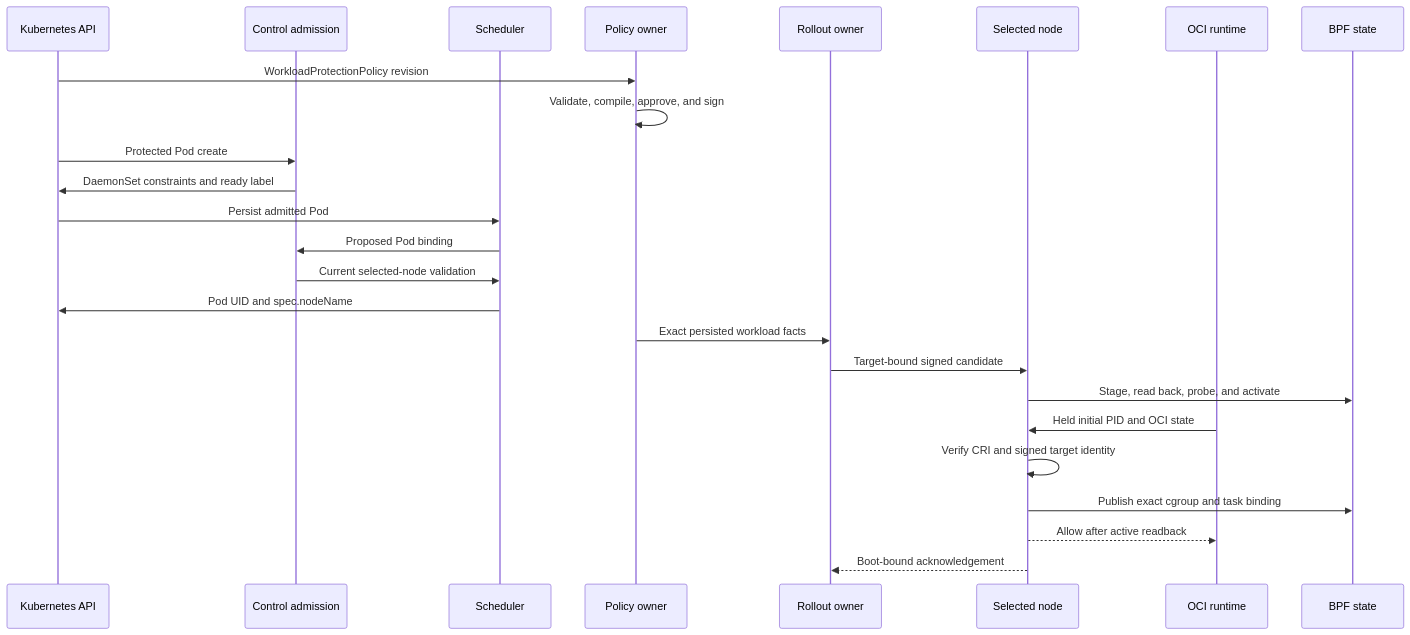
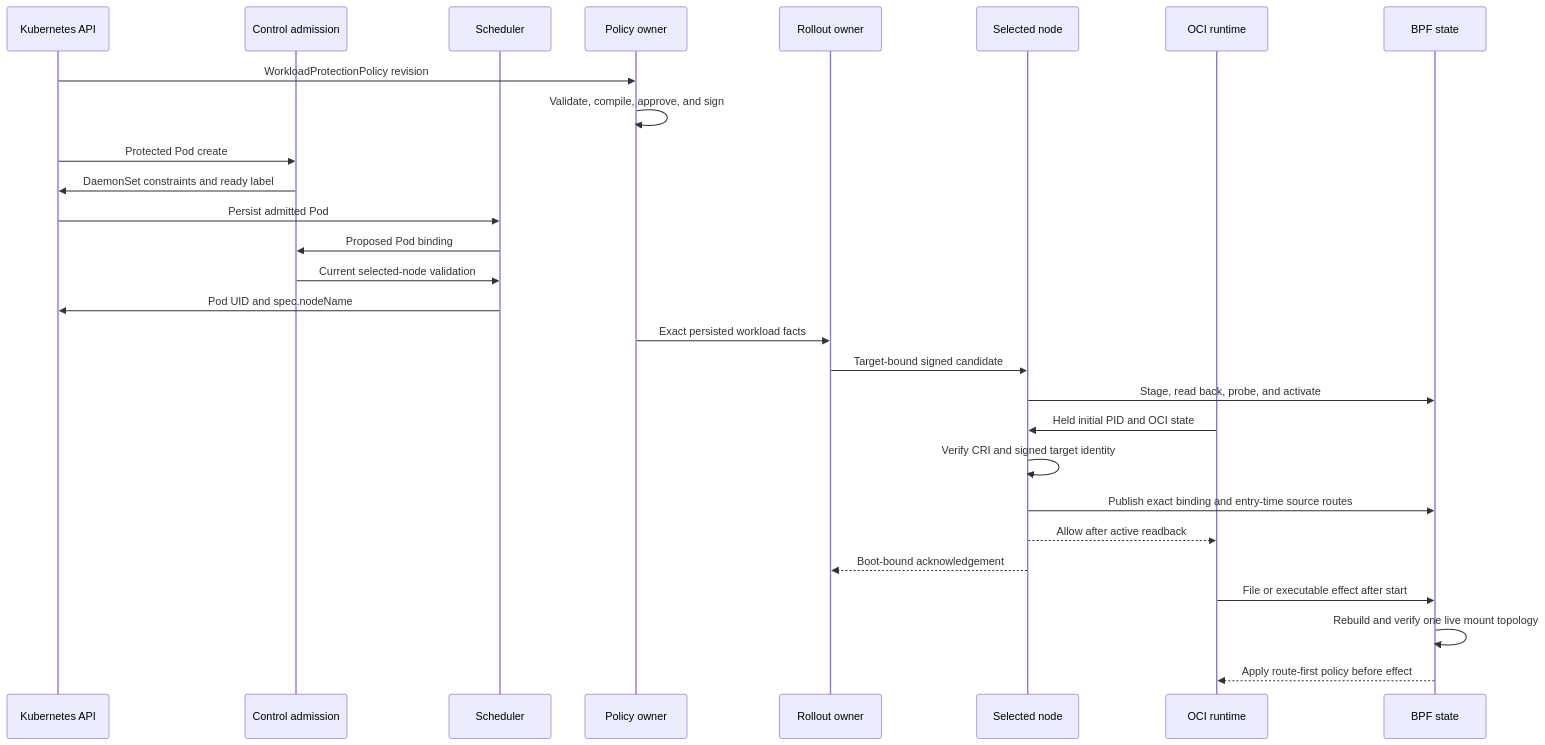
One commit to Ereborlabs/erebor-runtime changed the first of 5 diagrams in docs/plans/mithril-hugging-face-intrusion-prevention/phase-6-2-implementation-review.md. Above: the diagram before and after it, drawn with Mermaid. The commit also changed other lines of this file and 54 other files, not shown here.

````diff
--- a/docs/plans/mithril-hugging-face-intrusion-prevention/phase-6-2-implementation-review.md
+++ b/docs/plans/mithril-hugging-face-intrusion-prevention/phase-6-2-implementation-review.md
@@ -148,27 +152,30 @@
 ```mermaid
 sequenceDiagram
     participant API as Kubernetes API
     participant Admission as Control admission
     participant Scheduler as Scheduler
     participant Desired as Policy owner
     participant Rollout as Rollout owner
     participant Node as Selected node
     participant Runtime as OCI runtime
     participant Kernel as BPF state
     API->>Desired: WorkloadProtectionPolicy revision
     Desired->>Desired: Validate, compile, approve, and sign
     API->>Admission: Protected Pod create
     Admission->>API: DaemonSet constraints and ready label
     API->>Scheduler: Persist admitted Pod
     Scheduler->>Admission: Proposed Pod binding
     Admission->>Scheduler: Current selected-node validation
     Scheduler->>API: Pod UID and spec.nodeName
     Desired->>Rollout: Exact persisted workload facts
     Rollout->>Node: Target-bound signed candidate
     Node->>Kernel: Stage, read back, probe, and activate
     Runtime->>Node: Held initial PID and OCI state
     Node->>Node: Verify CRI and signed target identity
-    Node->>Kernel: Publish exact cgroup and task binding
+    Node->>Kernel: Publish exact binding and entry-time source routes
     Node-->>Runtime: Allow after active readback
     Node-->>Rollout: Boot-bound acknowledgement
+    Runtime->>Kernel: File or executable effect after start
+    Kernel->>Kernel: Rebuild and verify one live mount topology
+    Kernel-->>Runtime: Apply route-first policy before effect
 ```
````
